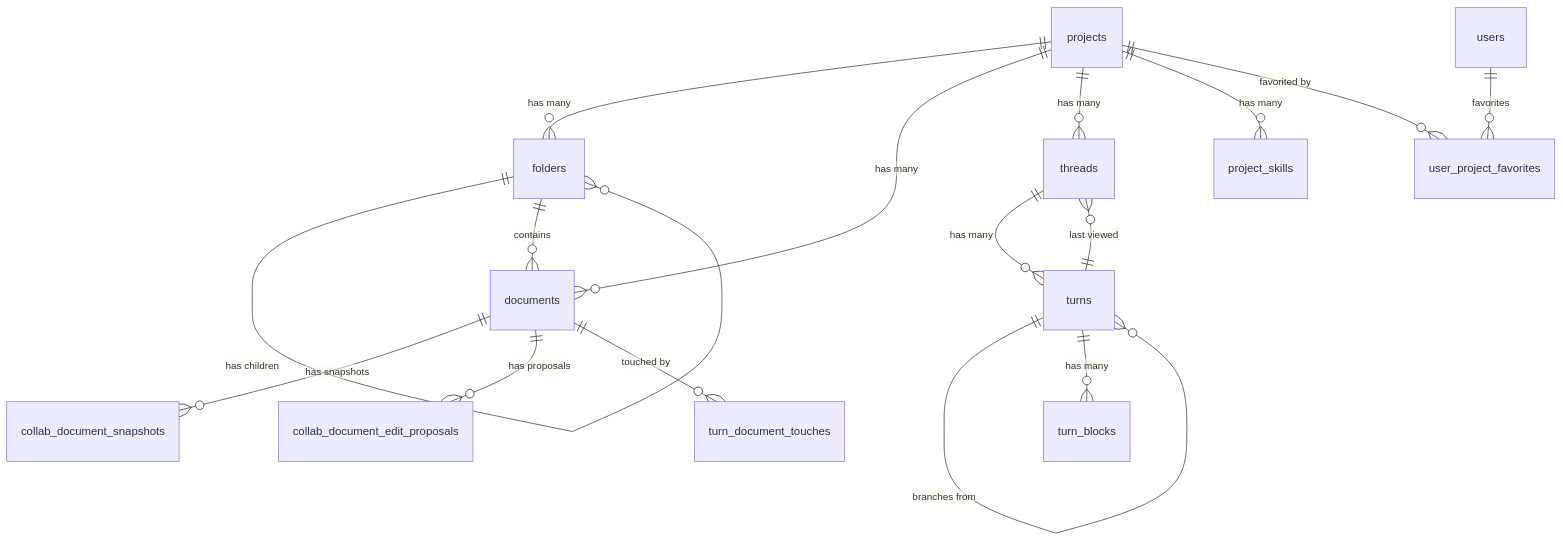
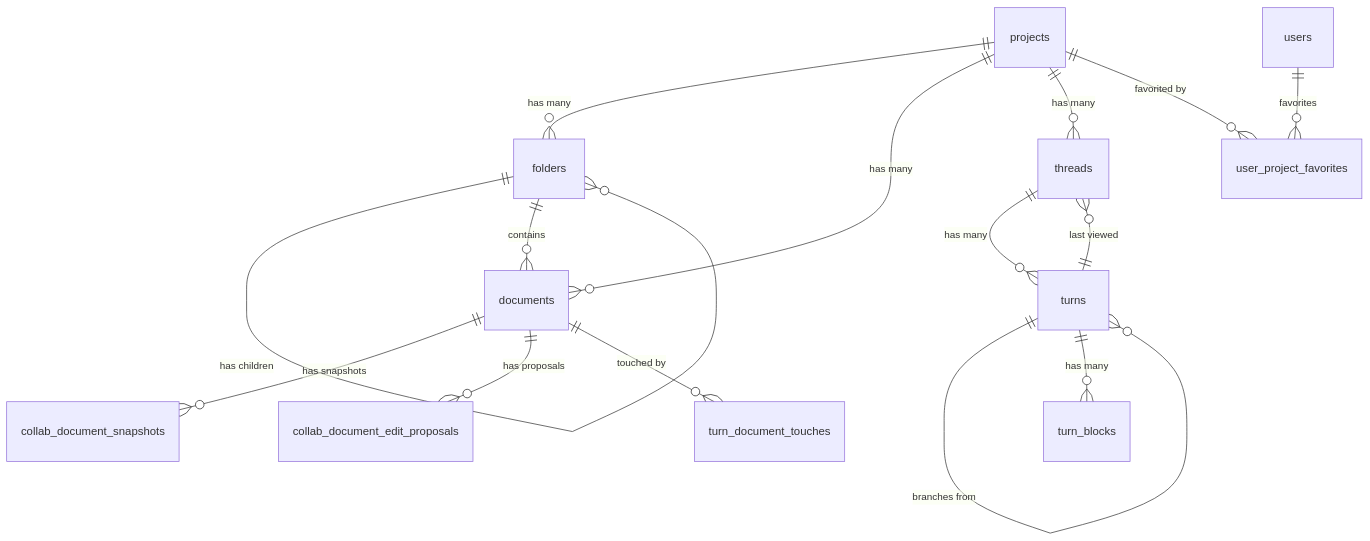
The diagram in _docs/technical/backend/database/schema.md (haowjy/meridian-flow), drawn with Mermaid before and after one commit. The commit also changed other lines of this file and 1 other file, not shown here.

Commit message:
docs: phase 4 review fixes — schema update + decision log
Remove project_skills from schema.md ER diagram and table purposes
(table is no longer active after Skill B removed DB-backed storage).

Log Phase 4 review decisions: catalog helper scope, DomainError 400 vs
500 change (intentional improvement), frontend enabled field (tracked
for skill UI redesign).

````diff
--- a/_docs/technical/backend/database/schema.md
+++ b/_docs/technical/backend/database/schema.md
@@ -12,18 +12,17 @@
 ```mermaid
 erDiagram
     projects ||--o{ folders : "has many"
     projects ||--o{ documents : "has many"
     projects ||--o{ threads : "has many"
-    projects ||--o{ project_skills : "has many"
     users ||--o{ user_project_favorites : "favorites"
     projects ||--o{ user_project_favorites : "favorited by"
     folders ||--o{ folders : "has children"
     folders ||--o{ documents : "contains"
     threads ||--o{ turns : "has many"
     threads }o--|| turns : "last viewed"
     turns ||--o{ turns : "branches from"
     turns ||--o{ turn_blocks : "has many"
     documents ||--o{ collab_document_snapshots : "has snapshots"
     documents ||--o{ collab_document_edit_proposals : "has proposals"
     documents ||--o{ turn_document_touches : "touched by"
 ```
````
